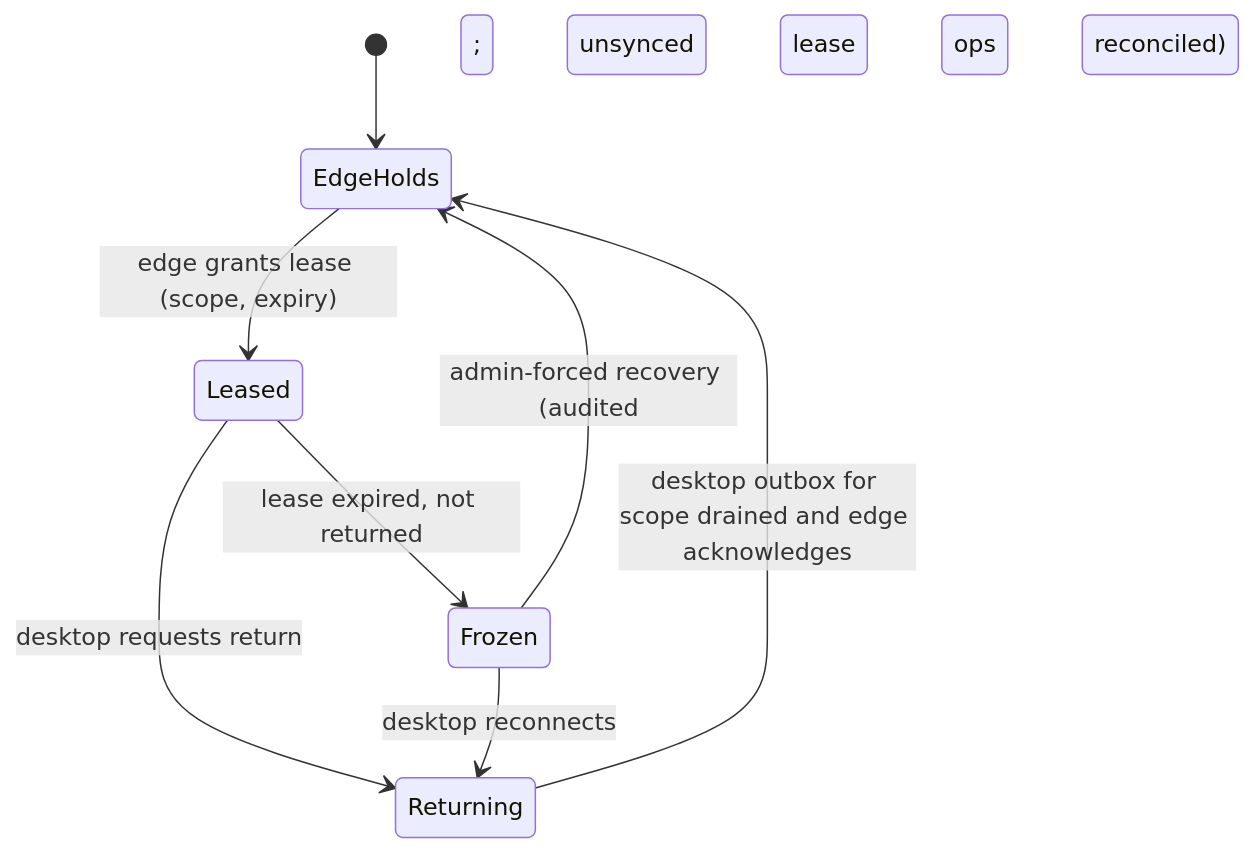
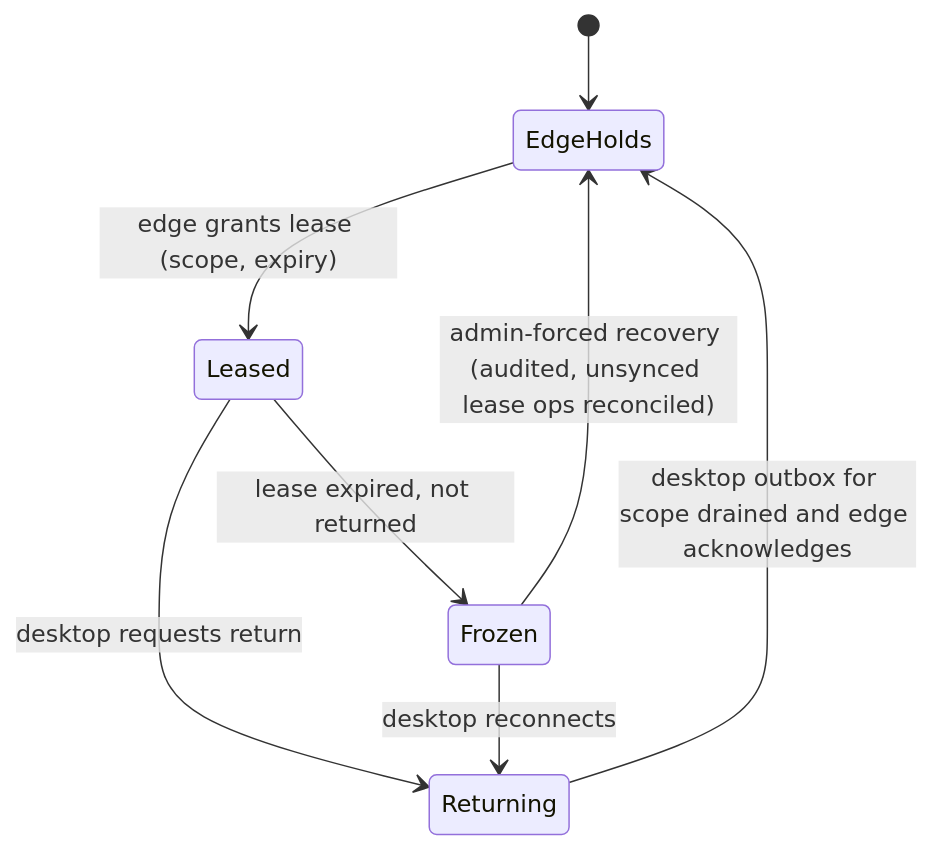
Before and after one commit to carapai/people-centered-healthcare: the diagram in docs/architecture/write-authority.md, drawn with Mermaid. The commit also changed 11 other files, not shown here.

````diff
--- a/docs/architecture/write-authority.md
+++ b/docs/architecture/write-authority.md
@@ -66,10 +66,10 @@
 ```mermaid
 stateDiagram-v2
   [*] --> EdgeHolds
   EdgeHolds --> Leased: edge grants lease (scope, expiry)
   Leased --> Returning: desktop requests return
   Returning --> EdgeHolds: desktop outbox for scope drained and edge acknowledges
   Leased --> Frozen: lease expired, not returned
   Frozen --> Returning: desktop reconnects
-  Frozen --> EdgeHolds: admin-forced recovery (audited; unsynced lease ops reconciled)
+  Frozen --> EdgeHolds: admin-forced recovery (audited, unsynced lease ops reconciled)
 ```
````
